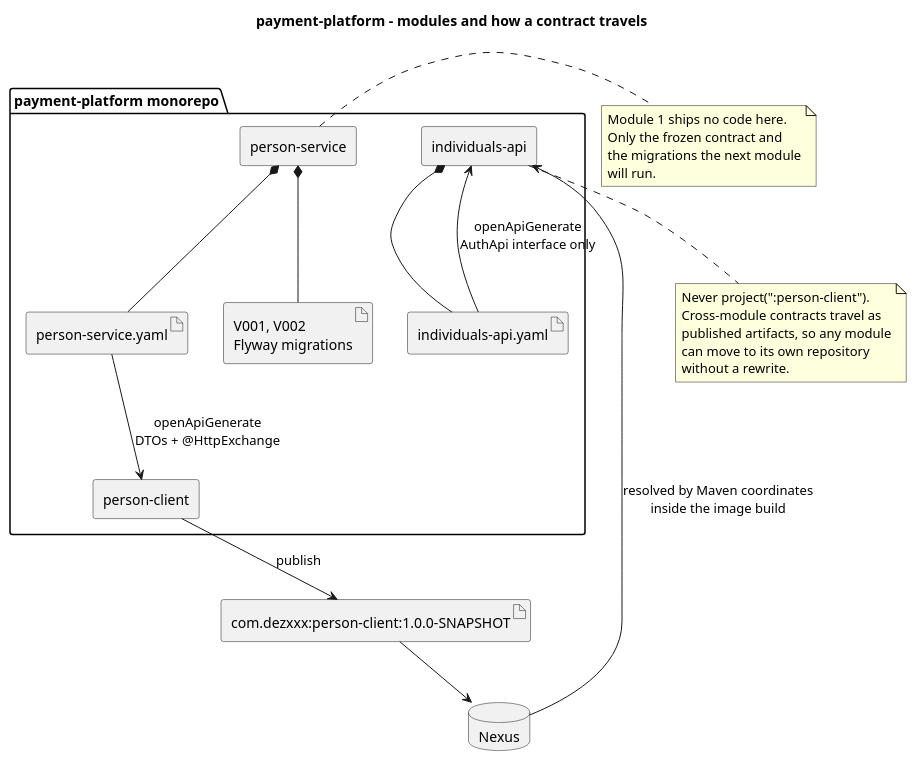
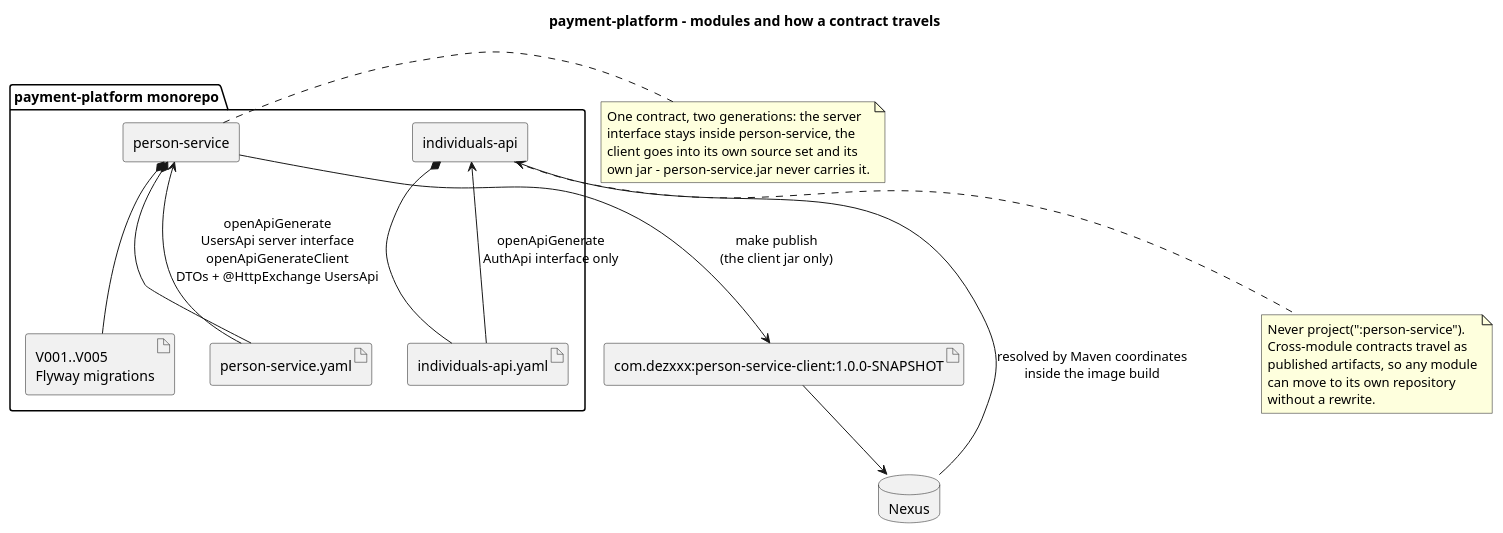
Before and after one commit to dezxxx/payment-platform: the diagram in docs/puml-diagrams/component.puml, drawn with PlantUML. The commit also changed 16 other files, not shown here.

Commit message:
docs: describe person-service, the client and compensation

```diff
--- a/docs/puml-diagrams/component.puml
+++ b/docs/puml-diagrams/component.puml
@@ -1,45 +1,44 @@
 @startuml component
 title payment-platform - modules and how a contract travels
 
 skinparam componentStyle rectangle
 skinparam shadowing false
 
 package "payment-platform monorepo" {
   component "person-service" as PS
-  component "person-client" as PC
   component "individuals-api" as API
 
   artifact "person-service.yaml" as PSY
   artifact "individuals-api.yaml" as IAY
-  artifact "V001, V002\nFlyway migrations" as MIG
+  artifact "V001..V005\nFlyway migrations" as MIG
 }
 
 database "Nexus" as NEXUS
-artifact "com.dezxxx:person-client:1.0.0-SNAPSHOT" as PCJ
+artifact "com.dezxxx:person-service-client:1.0.0-SNAPSHOT" as PCJ
 
 PS *-- PSY
 PS *-- MIG
 API *-- IAY
 
-PSY --> PC : openApiGenerate\nDTOs + @HttpExchange
+PSY --> PS : openApiGenerate\nUsersApi server interface\nopenApiGenerateClient\nDTOs + @HttpExchange UsersApi
 IAY --> API : openApiGenerate\nAuthApi interface only
-PC --> PCJ : publish
+PS --> PCJ : make publish\n(the client jar only)
 PCJ --> NEXUS
 NEXUS --> API : resolved by Maven coordinates\ninside the image build
 
 note bottom of API
-  Never project(":person-client").
+  Never project(":person-service").
   Cross-module contracts travel as
   published artifacts, so any module
   can move to its own repository
   without a rewrite.
 end note
 
 note right of PS
-  Module 1 ships no code here.
-  Only the frozen contract and
-  the migrations the next module
-  will run.
+  One contract, two generations: the server
+  interface stays inside person-service, the
+  client goes into its own source set and its
+  own jar - person-service.jar never carries it.
 end note
 
 @enduml
```
